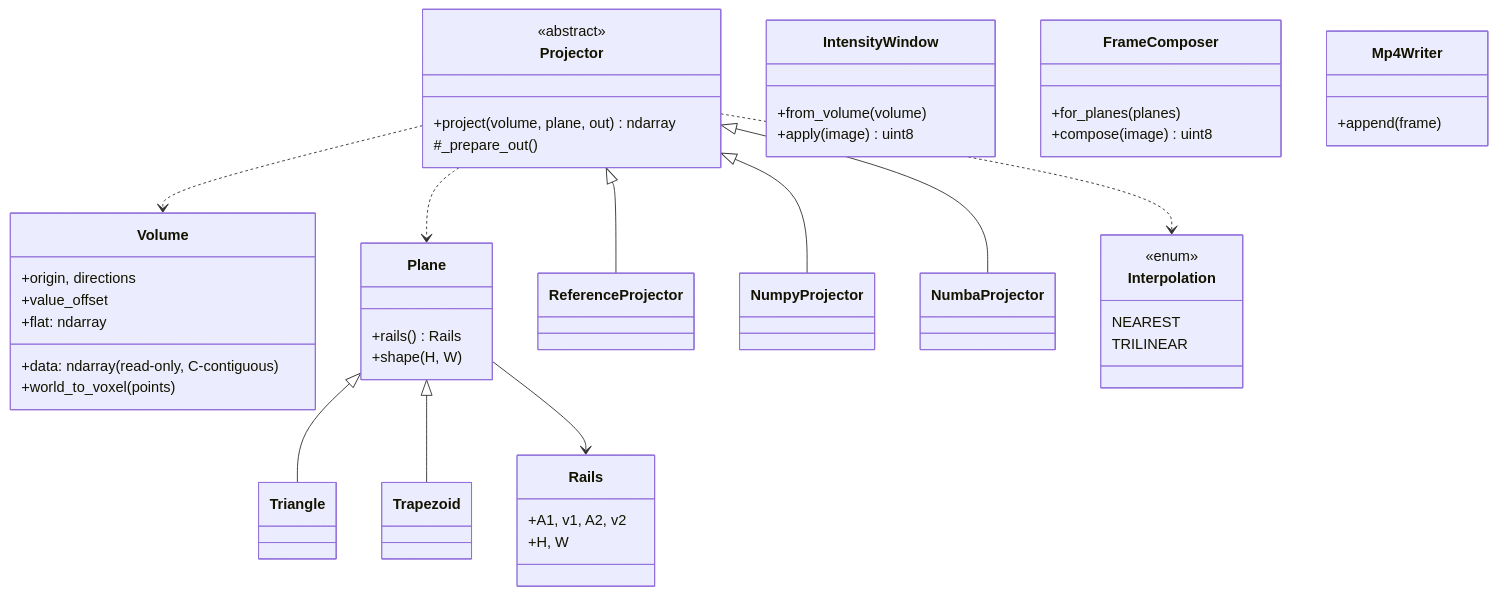
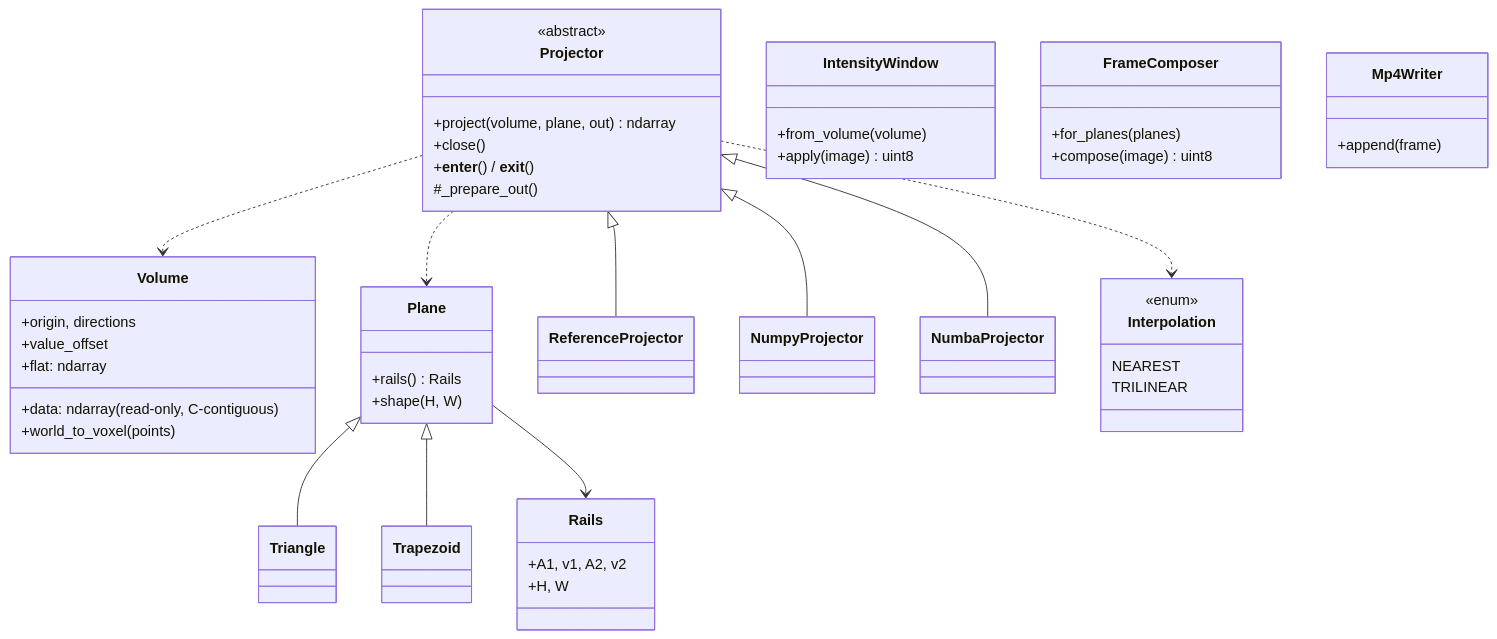
The second of 2 diagrams in docs/DESIGN.md (GiladApel/ex1-plane-projection), drawn with Mermaid before and after one commit. The commit also changed other lines of this file and 6 other files, not shown here.

````diff
--- a/docs/DESIGN.md
+++ b/docs/DESIGN.md
@@ -36,48 +36,50 @@
 ```mermaid
 classDiagram
     class Volume {
         +data: ndarray (read-only, C-contiguous)
         +origin, directions
         +value_offset
         +flat: ndarray
         +world_to_voxel(points)
     }
     class Rails {
         +A1, v1, A2, v2
         +H, W
     }
     class Plane {
         +rails() Rails
         +shape (H, W)
     }
     Plane <|-- Triangle
     Plane <|-- Trapezoid
     Plane --> Rails
     class Projector {
         <<abstract>>
         +project(volume, plane, out) ndarray
+        +close()
+        +__enter__() / __exit__()
         #_prepare_out()
     }
     Projector <|-- ReferenceProjector
     Projector <|-- NumpyProjector
     Projector <|-- NumbaProjector
     class Interpolation {
         <<enum>>
         NEAREST
         TRILINEAR
     }
     Projector ..> Interpolation
     Projector ..> Volume
     Projector ..> Plane
     class IntensityWindow {
         +from_volume(volume)
         +apply(image) uint8
     }
     class FrameComposer {
         +for_planes(planes)
         +compose(image) uint8
     }
     class Mp4Writer {
         +append(frame)
     }
 ```
````
